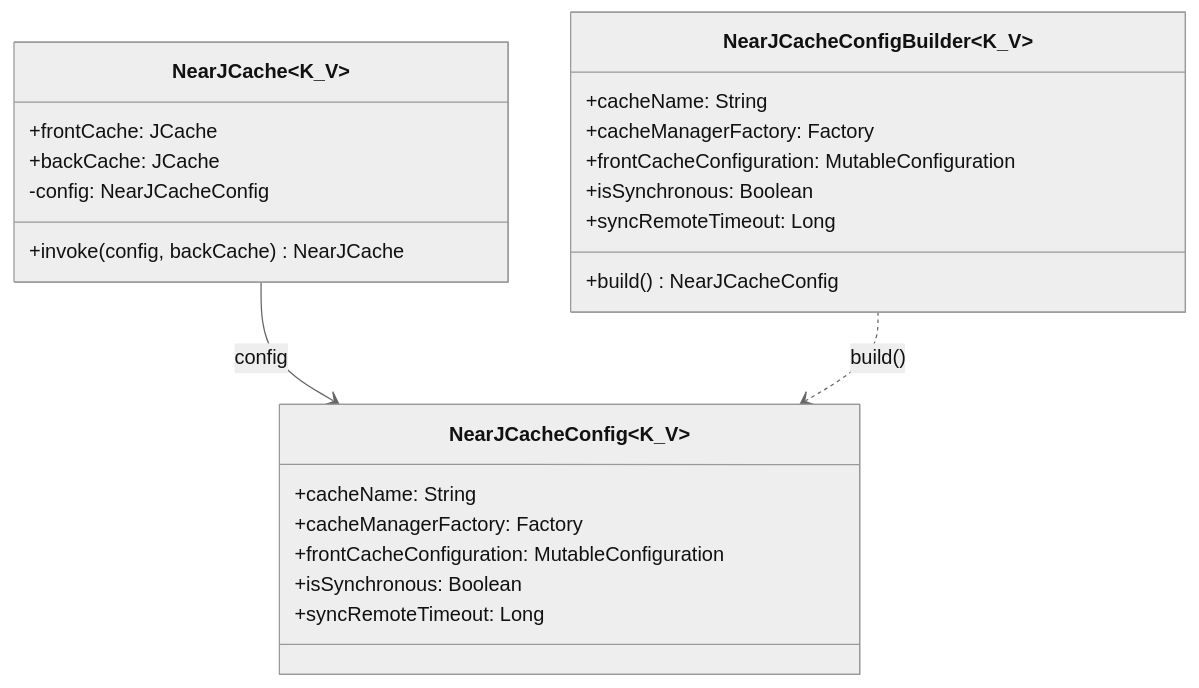
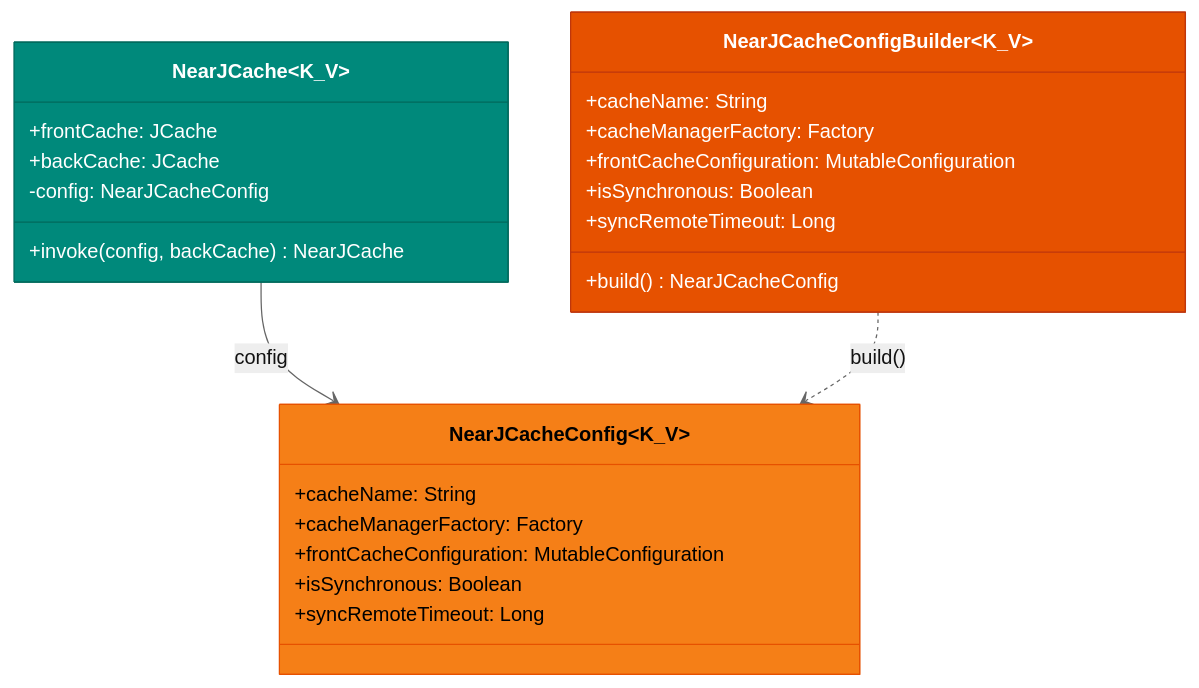
One commit to bluetape4k/bluetape4k-projects changed the sixth of 7 diagrams in infra/cache-core/README.ko.md. Above: the diagram before and after it, drawn with Mermaid (neutral theme). The commit also changed other lines of this file and 221 other files, not shown here.

First line of the commit message:
docs: 전체 모듈 README UML 다이어그램 보강 및 색상 업그레이드

````diff
--- a/infra/cache-core/README.ko.md
+++ b/infra/cache-core/README.ko.md
@@ -245,29 +276,33 @@
 ```mermaid
 classDiagram
     class NearJCache~K_V~ {
 +frontCache: JCache
 +backCache: JCache
 -config: NearJCacheConfig
         +invoke(config, backCache) NearJCache
     }
 
 class NearJCacheConfig~K_V~ {
         +cacheName: String
         +cacheManagerFactory: Factory
 +frontCacheConfiguration: MutableConfiguration
         +isSynchronous: Boolean
         +syncRemoteTimeout: Long
     }
 
 class NearJCacheConfigBuilder~K_V~ {
         +cacheName: String
         +cacheManagerFactory: Factory
 +frontCacheConfiguration: MutableConfiguration
         +isSynchronous: Boolean
         +syncRemoteTimeout: Long
         +build() NearJCacheConfig
     }
 
     NearJCache --> NearJCacheConfig: config
     NearJCacheConfigBuilder ..> NearJCacheConfig: build()
+
+    style NearJCache fill:#00897B,stroke:#00695C,color:#FFFFFF
+    style NearJCacheConfig fill:#F57F17,stroke:#E65100,color:#000000
+    style NearJCacheConfigBuilder fill:#E65100,stroke:#BF360C,color:#FFFFFF
 ```
````
